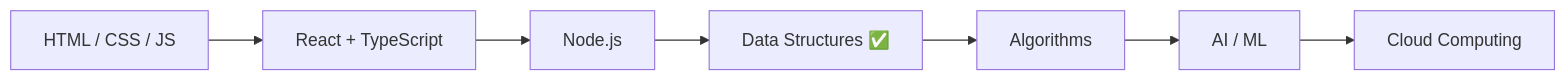
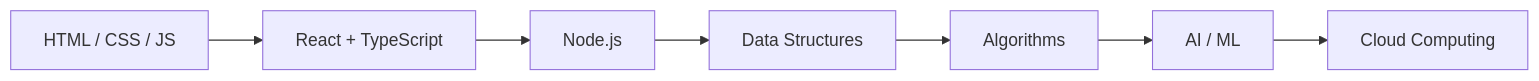
One commit to Taskintamim/Taskintamim changed the diagram in README.md. Above: the diagram before and after it, drawn with Mermaid. The commit also changed other lines of this file, not shown here.

````diff
--- a/README.md
+++ b/README.md
@@ -125,9 +130,9 @@
 ```mermaid
 flowchart LR
   A[HTML / CSS / JS] --> B[React + TypeScript]
   B --> C[Node.js]
-  C --> D[Data Structures ✅]
+  C --> D[Data Structures]
   D --> E[Algorithms]
   E --> F[AI / ML]
   F --> G[Cloud Computing]
 ```
````
